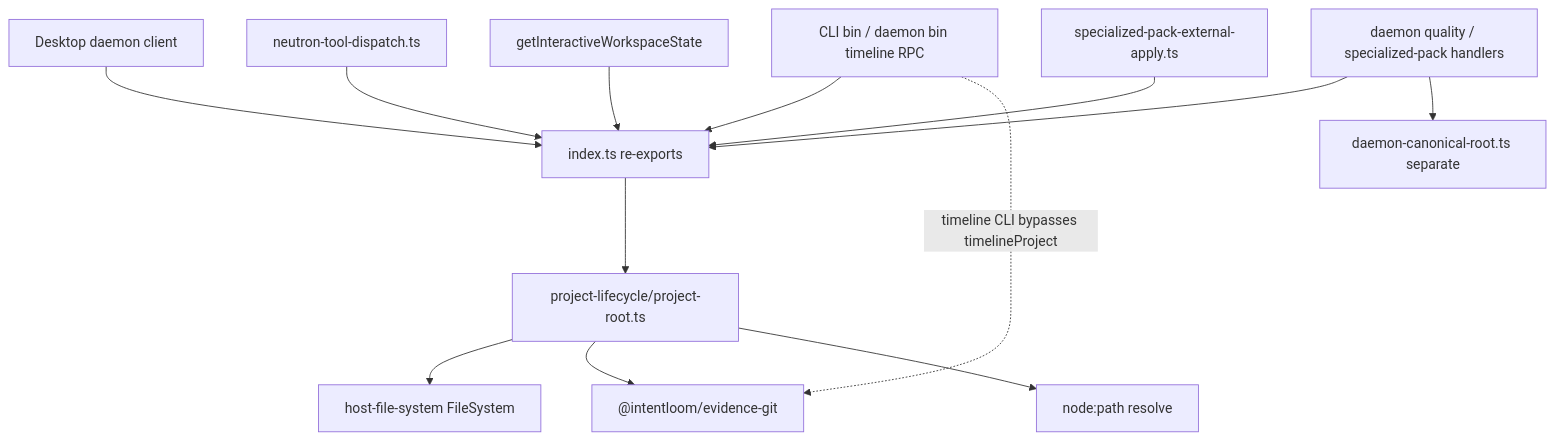
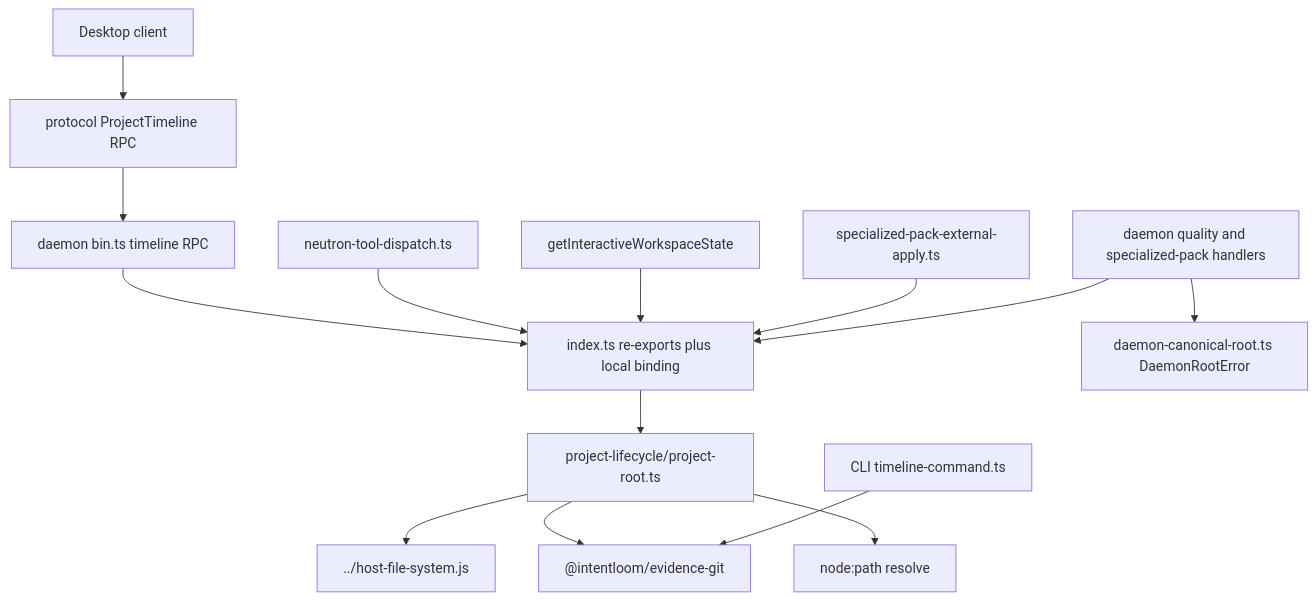
Before and after one commit to vitala89/Intentloom: the diagram in docs/designs/p1k-remaining-application-barrel/project-root-timeline-dependencies.mmd, drawn with Mermaid. The commit also changed 4 other files, not shown here.

First line of the commit message:
docs(architecture): correct P1K.10 design review findings

```diff
--- a/docs/designs/p1k-remaining-application-barrel/project-root-timeline-dependencies.mmd
+++ b/docs/designs/p1k-remaining-application-barrel/project-root-timeline-dependencies.mmd
@@ -1,26 +1,29 @@
 flowchart TB
-  cli_daemon["CLI bin / daemon bin timeline RPC"]
-  desktop["Desktop daemon client"]
+  cli_timeline["CLI timeline-command.ts"]
+  daemon_rpc["daemon bin.ts timeline RPC"]
+  desktop["Desktop client"]
+  protocol["protocol ProjectTimeline RPC"]
   neutron["neutron-tool-dispatch.ts"]
   workspace["getInteractiveWorkspaceState"]
   eq_apply["specialized-pack-external-apply.ts"]
-  eq_daemon["daemon quality / specialized-pack handlers"]
-  barrel["index.ts re-exports"]
+  eq_daemon["daemon quality and specialized-pack handlers"]
+  barrel["index.ts re-exports plus local binding"]
   leaf["project-lifecycle/project-root.ts"]
-  fs["host-file-system FileSystem"]
+  fs["../host-file-system.js"]
   evidence["@intentloom/evidence-git"]
   path["node:path resolve"]
-  daemon_root["daemon-canonical-root.ts separate"]
+  daemon_root["daemon-canonical-root.ts DaemonRootError"]
 
-  cli_daemon --> barrel
-  desktop --> barrel
+  desktop --> protocol
+  protocol --> daemon_rpc
+  daemon_rpc --> barrel
   neutron --> barrel
   workspace --> barrel
   eq_apply --> barrel
   eq_daemon --> barrel
+  eq_daemon --> daemon_root
   barrel --> leaf
   leaf --> fs
   leaf --> evidence
   leaf --> path
-  eq_daemon --> daemon_root
-  cli_daemon -.->|"timeline CLI bypasses timelineProject"| evidence
+  cli_timeline --> evidence
```
